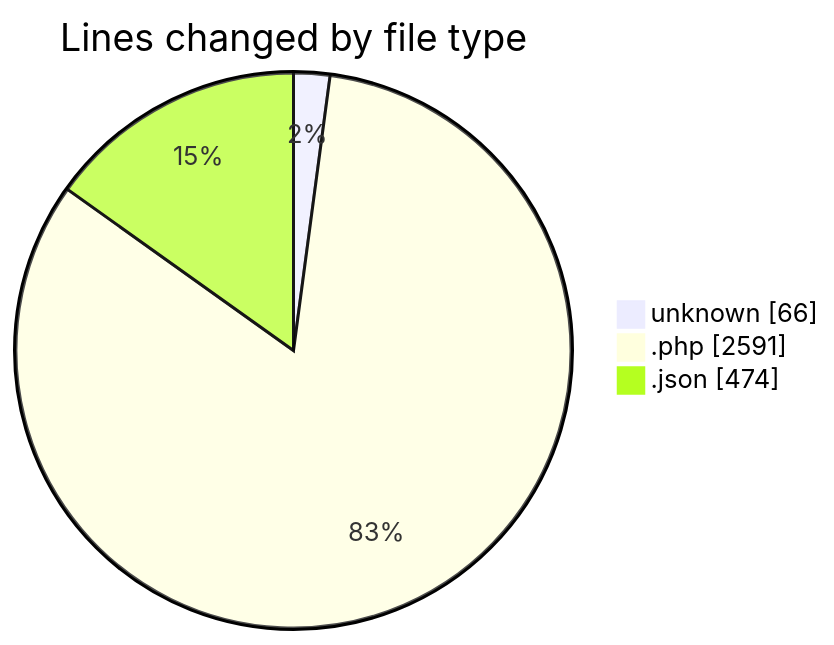
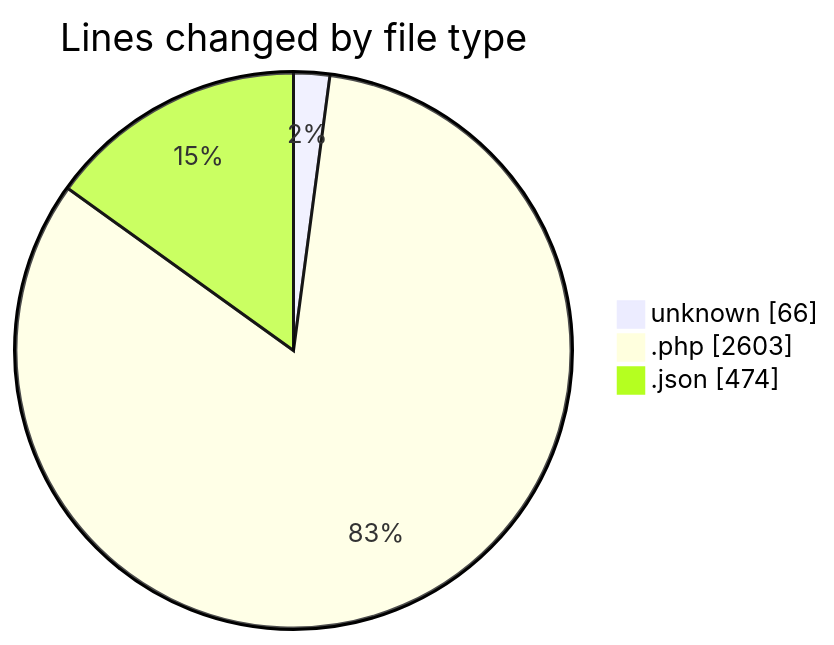
The first of 2 diagrams in 2025-05-27/studio-backend/README.md (idhammustaqopulfikri/code-tracking), drawn with Mermaid before and after one commit. The commit also changed other lines of this file and 1 other file, not shown here.

````diff
--- a/2025-05-27/studio-backend/README.md
+++ b/2025-05-27/studio-backend/README.md
@@ -54,7 +54,7 @@
 ```mermaid
 pie showData
 title Lines changed by file type
 "unknown" : 66
-".php" : 2591
+".php" : 2603
 ".json" : 474
 ```
````
